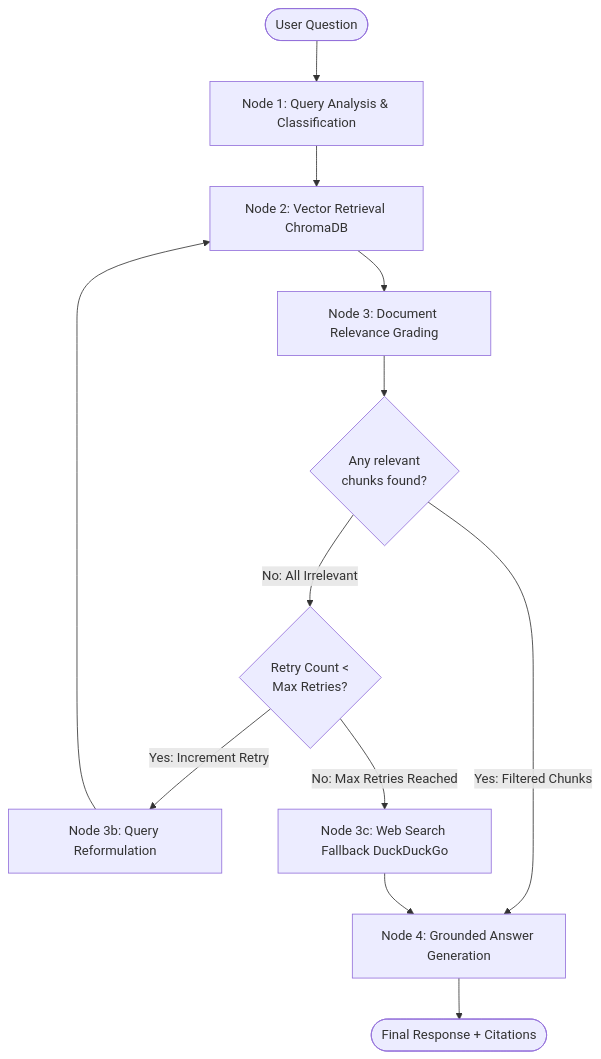
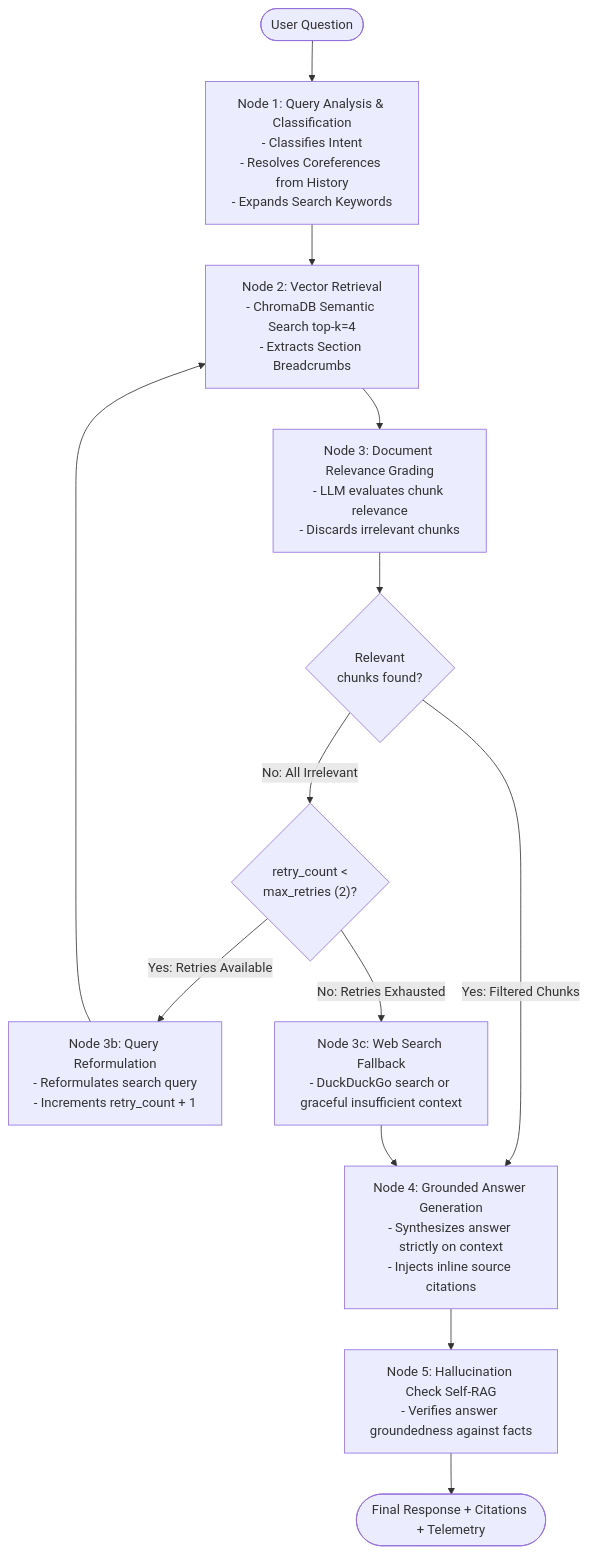
The diagram in README.md (prakhar2207/express-analytics-rag-assistant), drawn with Mermaid before and after one commit. The commit also changed other lines of this file and 3 other files, not shown here.

````diff
--- a/README.md
+++ b/README.md
@@ -27,18 +41,19 @@
 ```mermaid
 flowchart TD
-    UserQuery([User Question]) --> Node1[Node 1: Query Analysis & Classification]
-    Node1 --> Node2[Node 2: Vector Retrieval ChromaDB]
-    Node2 --> Node3[Node 3: Document Relevance Grading]
+    UserQuery([User Question]) --> Node1["Node 1: Query Analysis & Classification\n- Classifies Intent\n- Resolves Coreferences from History\n- Expands Search Keywords"]
+    Node1 --> Node2["Node 2: Vector Retrieval\n- ChromaDB Semantic Search top-k=4\n- Extracts Section Breadcrumbs"]
+    Node2 --> Node3["Node 3: Document Relevance Grading\n- LLM evaluates chunk relevance\n- Discards irrelevant chunks"]
     
-    Node3 --> CondEdge1{Any relevant\nchunks found?}
-    CondEdge1 -->|Yes: Filtered Chunks| Node4[Node 4: Grounded Answer Generation]
-    CondEdge1 -->|No: All Irrelevant| CondRetry{Retry Count <\nMax Retries?}
+    Node3 --> CondGrade{"Relevant\nchunks found?"}
+    CondGrade -->|Yes: Filtered Chunks| Node4["Node 4: Grounded Answer Generation\n- Synthesizes answer strictly on context\n- Injects inline source citations"]
+    CondGrade -->|No: All Irrelevant| CondRetry{"retry_count <\nmax_retries (2)?"}
     
-    CondRetry -->|Yes: Increment Retry| NodeRewrite[Node 3b: Query Reformulation]
+    CondRetry -->|Yes: Retries Available| NodeRewrite["Node 3b: Query Reformulation\n- Reformulates search query\n- Increments retry_count + 1"]
     NodeRewrite --> Node2
     
-    CondRetry -->|No: Max Retries Reached| NodeFallback[Node 3c: Web Search Fallback DuckDuckGo]
+    CondRetry -->|No: Retries Exhausted| NodeFallback["Node 3c: Web Search Fallback\n- DuckDuckGo search or graceful insufficient context"]
     NodeFallback --> Node4
     
-    Node4 --> End([Final Response + Citations])
+    Node4 --> Node5["Node 5: Hallucination Check Self-RAG\n- Verifies answer groundedness against facts"]
+    Node5 --> EndNode([Final Response + Citations + Telemetry])
 ```
````
